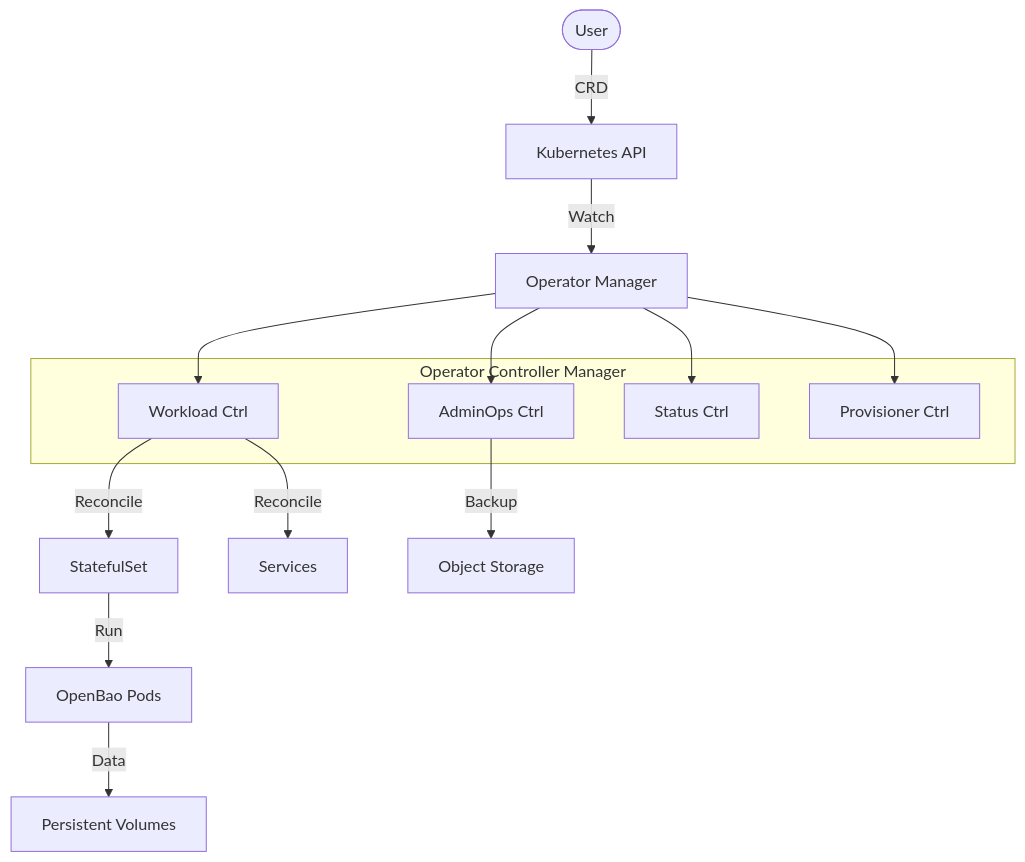
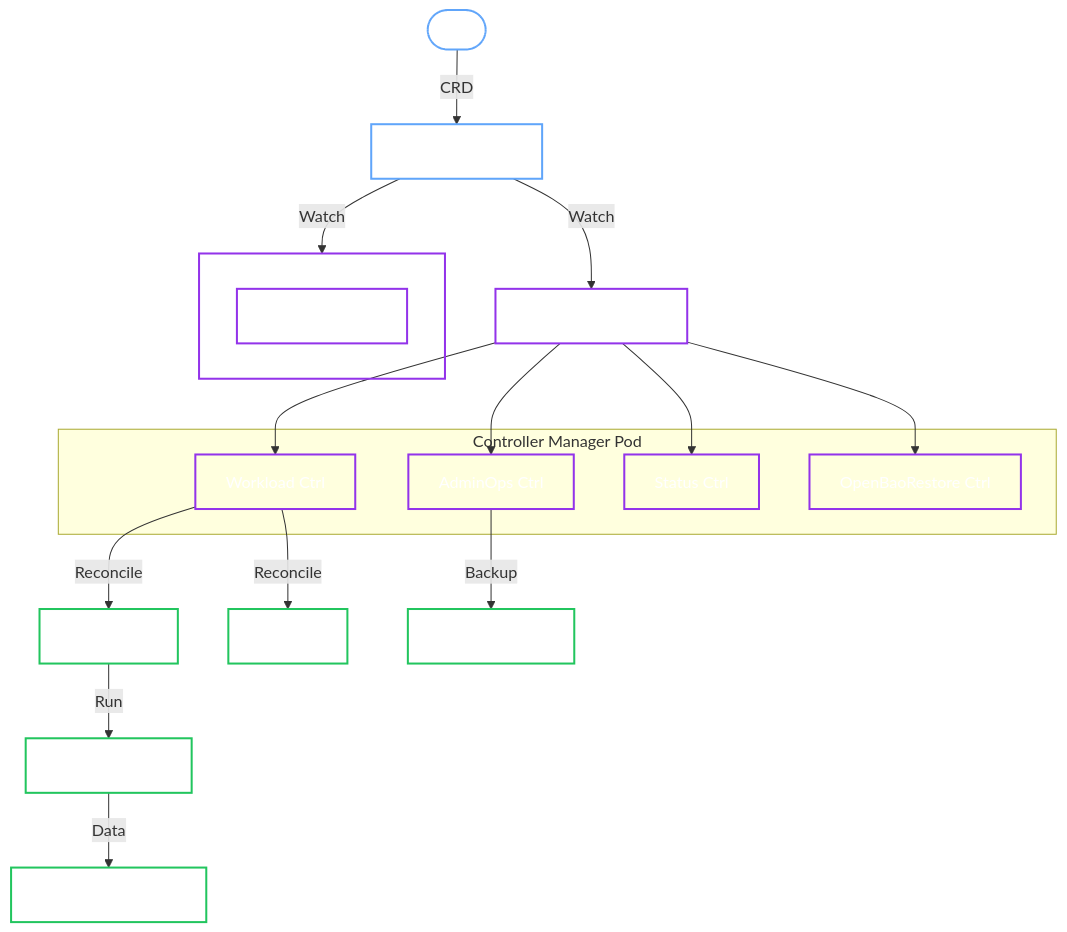
One commit to dc-tec/openbao-operator changed the first of 2 diagrams in docs/architecture/index.md. Above: the diagram before and after it, drawn with Mermaid. The commit also changed 48 other files, not shown here.

````diff
--- a/docs/architecture/index.md
+++ b/docs/architecture/index.md
@@ -54,21 +54,34 @@
 ```mermaid
 graph TD
     User([User]) -->|CRD| API[Kubernetes API]
     
-    subgraph "Operator Controller Manager"
+    subgraph ControllerMgr ["Controller Manager Pod"]
         Workload[Workload Ctrl]
         AdminOps[AdminOps Ctrl]
         Status[Status Ctrl]
+        Restore[OpenBaoRestore Ctrl]
+    end
+
+    subgraph ProvisionerMgr ["Provisioner Pod"]
         Provisioner[Provisioner Ctrl]
     end
 
     API -->|Watch| Operator[Operator Manager]
-    Operator --> Workload & AdminOps & Status & Provisioner
+    Operator --> Workload & AdminOps & Status & Restore
+    API -->|Watch| ProvisionerMgr
     
     Workload -->|Reconcile| STS[StatefulSet]
     Workload -->|Reconcile| Svc[Services]
     AdminOps -->|Backup| ObjStore[Object Storage]
     
     STS -->|Run| Pods[OpenBao Pods]
     Pods -->|Data| PVC[Persistent Volumes]
+
+    classDef read fill:transparent,stroke:#60a5fa,stroke-width:2px,color:#fff;
+    classDef write fill:transparent,stroke:#22c55e,stroke-width:2px,color:#fff;
+    classDef process fill:transparent,stroke:#9333ea,stroke-width:2px,color:#fff;
+
+    class User,API read;
+    class Operator,Workload,AdminOps,Status,Restore,Provisioner,ProvisionerMgr process;
+    class STS,Svc,ObjStore,Pods,PVC write;
 ```
````
